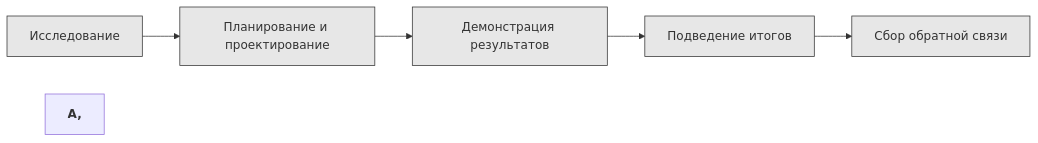
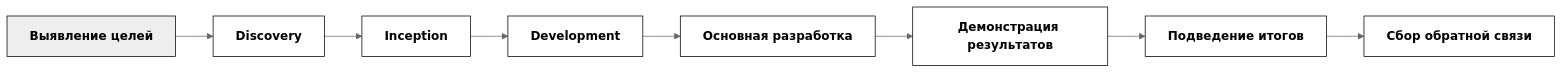
The second of 2 diagrams in README.md (PortnovAlex80/enterprise), drawn with Mermaid before and after one commit. The commit also changed other lines of this file, not shown here.

````diff
--- a/README.md
+++ b/README.md
@@ -35,16 +51,21 @@
 ```mermaid
-%%{init: {"flowchart": {"htmlLabels": true}} }%%
+%%{init: {"theme": "neutral"} }%%
 flowchart LR
-    A[Исследование] --> B[Планирование и проектирование]
-    B --> C[Демонстрация результатов]
-    C --> D[Подведение итогов]
-    D --> E[Сбор обратной связи]
+    A[Выявление целей] --> B[Discovery]
+    B --> C[Inception]
+    C --> D[Development]
+    D --> E[Основная разработка]
+    E --> F[Демонстрация результатов]
+    F --> G[Подведение итогов]
+    G --> H[Сбор обратной связи]
 
-    style A fill:#E7E7E7, stroke:#333, stroke-width:1px
-    style B fill:#E7E7E7, stroke:#333, stroke-width:1px
-    style C fill:#E7E7E7, stroke:#333, stroke-width:1px
-    style D fill:#E7E7E7, stroke:#333, stroke-width:1px
-    style E fill:#E7E7E7, stroke:#333, stroke-width:1px
+    style A shape:ellipse, ill:#FFFFFF, stroke:#000000, stroke-width:1px, text-align:center, font-weight:bold, padding:8px, color:#000000
+    style B fill:#FFFFFF, stroke:#000000, stroke-width:1px, text-align:center, font-weight:bold, padding:8px, color:#000000
+    style C fill:#FFFFFF, stroke:#000000, stroke-width:1px, text-align:center, font-weight:bold, padding:8px, color:#000000
+    style D fill:#FFFFFF, stroke:#000000, stroke-width:1px, text-align:center, font-weight:bold, padding:8px, color:#000000
+    style E fill:#FFFFFF, stroke:#000000, stroke-width:1px, text-align:center, font-weight:bold, padding:8px, color:#000000
+    style F fill:#FFFFFF, stroke:#000000, stroke-width:1px, text-align:center, font-weight:bold, padding:8px, color:#000000
+    style G fill:#FFFFFF, stroke:#000000, stroke-width:1px, text-align:center, font-weight:bold, padding:8px, color:#000000
+    style H fill:#FFFFFF, stroke:#000000, stroke-width:1px, text-align:center, font-weight:bold, padding:8px, color:#000000
 
-    style A, B, C, D, E text-align:center, font-weight:bold, padding:8px
-```  
+```
````
